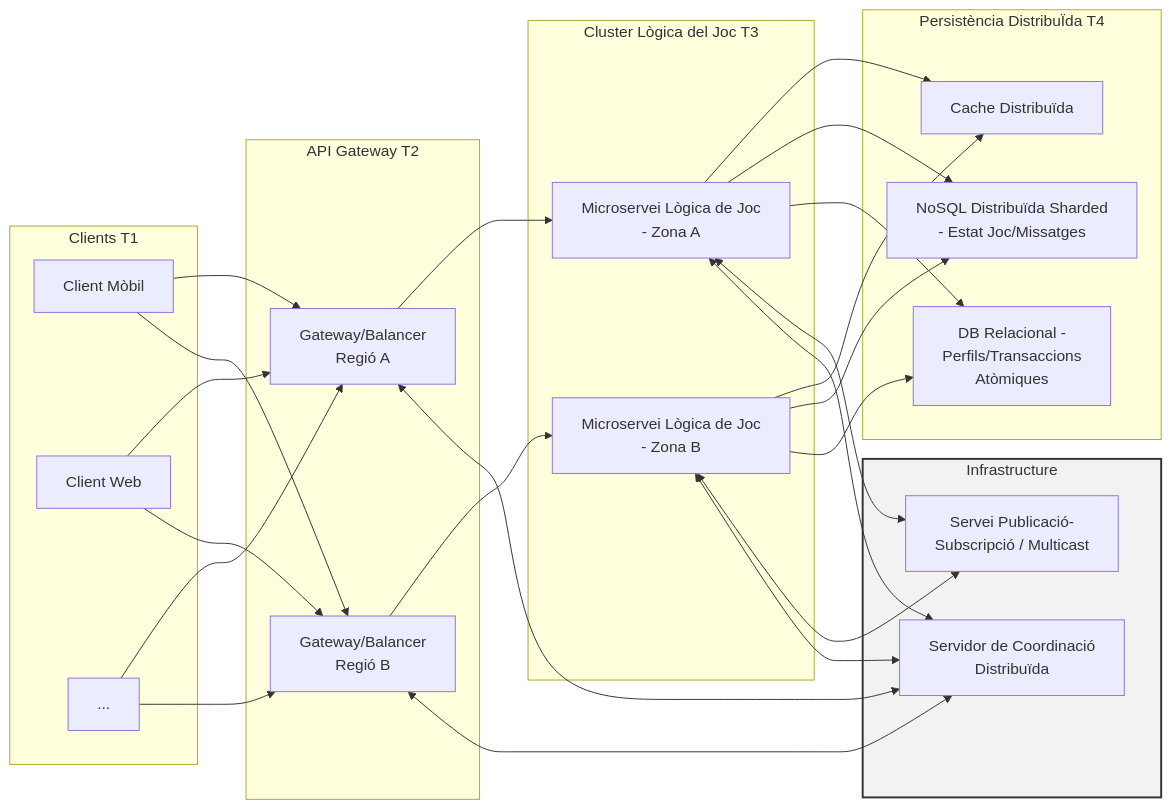
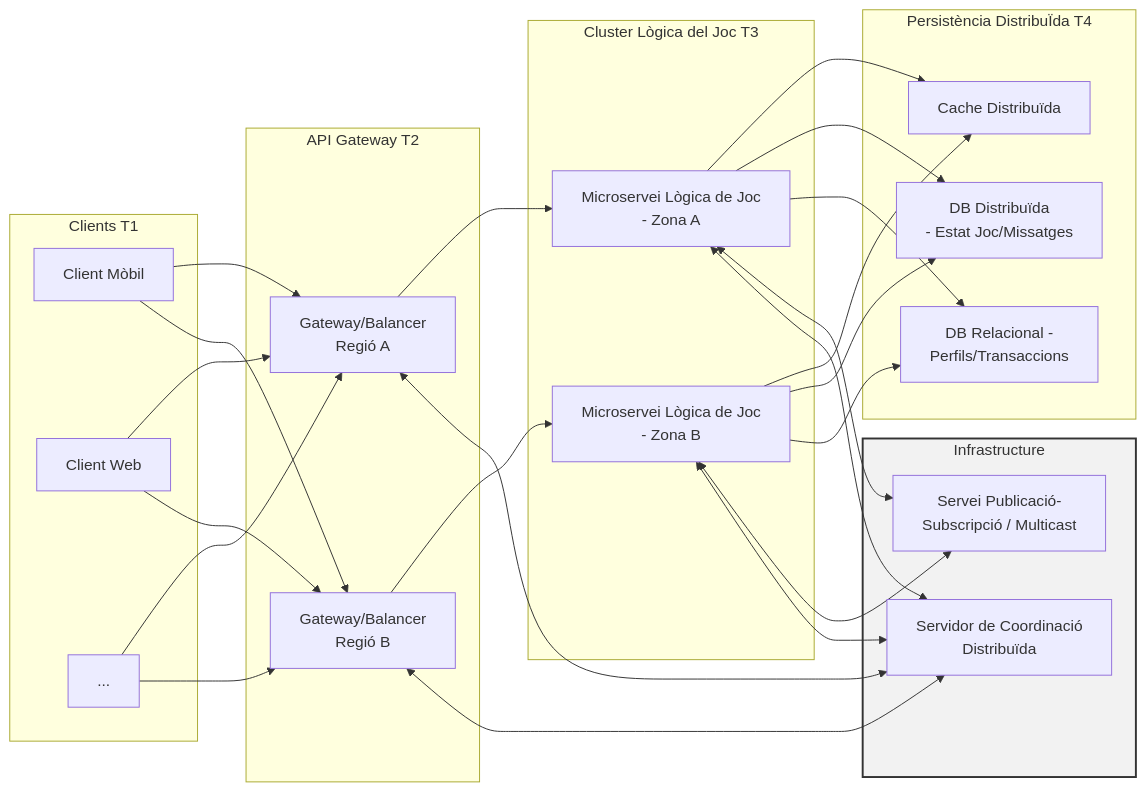
One commit to abolance/LocalizaMe changed the diagram in PAC1_Ex5.md. Above: the diagram before and after it, drawn with Mermaid. The commit also changed other lines of this file, not shown here.

Commit message:
Revise mermaid diagram in PAC1_Ex5.md
Updated the mermaid diagram for better clarity and structure.

````diff
--- a/PAC1_Ex5.md
+++ b/PAC1_Ex5.md
@@ -1,47 +1,47 @@
 ```mermaid
 graph LR
     subgraph Clients T1
         C1["Client Mòbil"]
         C2["Client Web"]
         C3["..."]
     end
 
     subgraph API Gateway T2
         G1["Gateway/Balancer<br>Regió A"]
         G2["Gateway/Balancer<br>Regió B"]
     end
 
     subgraph Cluster Lògica del Joc T3
         LGA["Microservei Lògica de Joc<br>- Zona A"]
         LGB["Microservei Lògica de Joc<br>- Zona B"]
     end
     
     subgraph Infrastructure
         style Infrastructure fill:#f2f2f2,stroke:#333,stroke-width:2px
         PSB["Servei Publicació-<br>Subscripció / Multicast"]
         COORD["Servidor de Coordinació<br>Distribuïda"]
     end
 
     subgraph Persistència DistribuÏda T4
         DCACHE["Cache Distribuïda"]
-        DDB["NoSQL Distribuïda Sharded<br>- Estat Joc/Missatges"]
-        RDB["DB Relacional -<br>Perfils/Transaccions<br>Atòmiques"]
+        DDB["DB Distribuïda <br>- Estat Joc/Missatges"]
+        RDB["DB Relacional -<br>Perfils/Transaccions"]
     end
 
     %% --- Conexiones del Flujo Principal ---
     C1 & C2 & C3 --> G1
     C1 & C2 & C3 --> G2
     
     G1 --> LGA
     G2 --> LGB
     
     LGA --> DCACHE & DDB & RDB
     LGB --> DCACHE & DDB & RDB
 
     %% --- Conexiones con la Infraestructura ---
     LGA <--> PSB
     LGB <--> PSB
     
     G1 & G2 <--> COORD
     LGA & LGB <--> COORD
 ```
````
